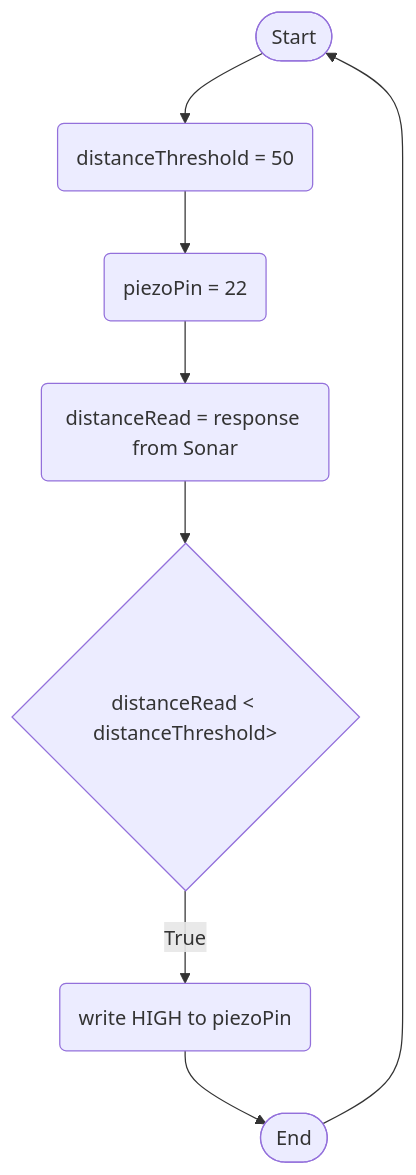
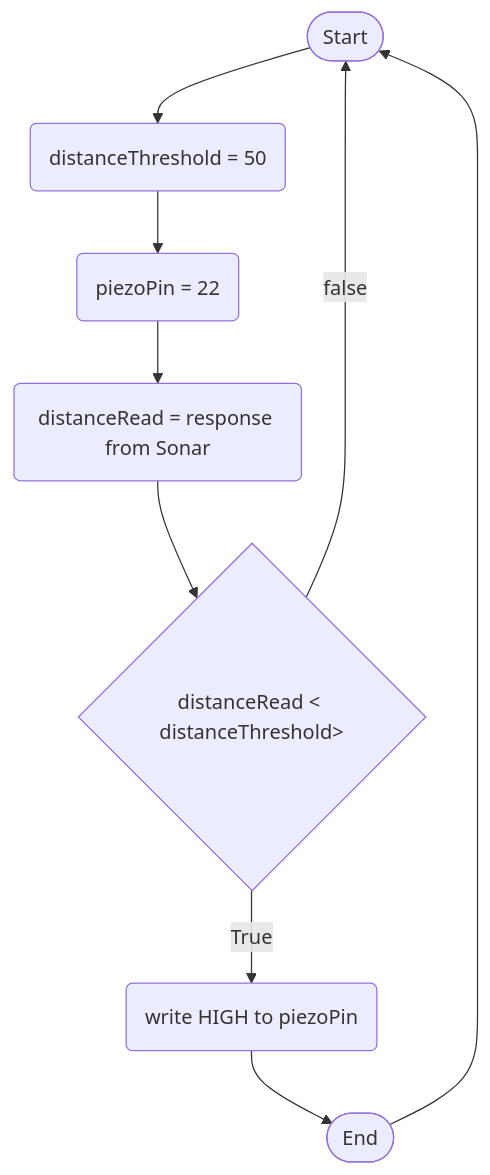
Before and after one commit to 0717330/arduino-board-project: the diagram in logic.md, drawn with Mermaid.

````diff
--- a/logic.md
+++ b/logic.md
@@ -1,20 +1,21 @@
 ```mermaid
 flowchart TD
 terminalStart([Start])
 terminalEnd([End])
 
 thresholdSet(distanceThreshold = 50)
 setPiezoPin(piezoPin = 22)
 currentDistanceReading(distanceRead = response from Sonar)
 activatePiezo(write HIGH to piezoPin)
 ifDistanceLessThanThreshold{distanceRead < distanceThreshold>}
 
 terminalStart --> thresholdSet
 thresholdSet --> setPiezoPin
 setPiezoPin --> currentDistanceReading
 currentDistanceReading --> ifDistanceLessThanThreshold
 ifDistanceLessThanThreshold --> |True| activatePiezo
 activatePiezo --> terminalEnd
+ifDistanceLessThanThreshold --> |false| terminalStart
 
 terminalEnd --> terminalStart
 ```
````
